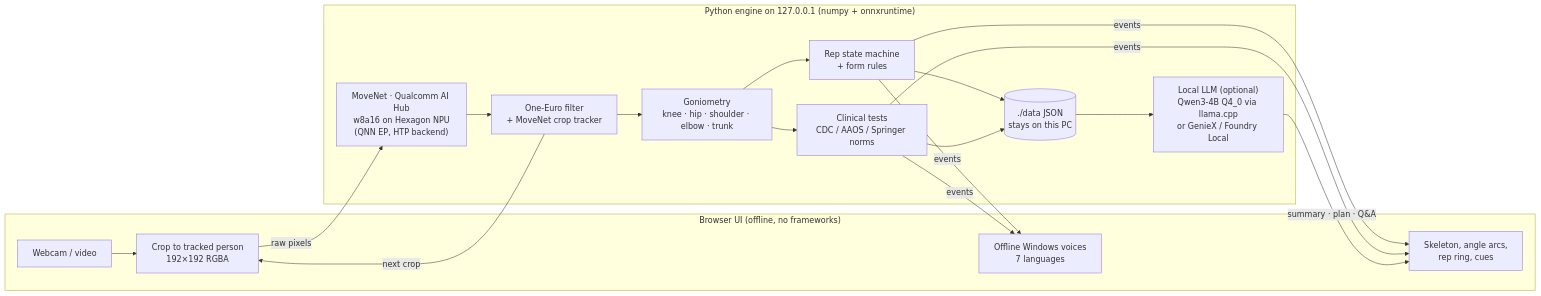
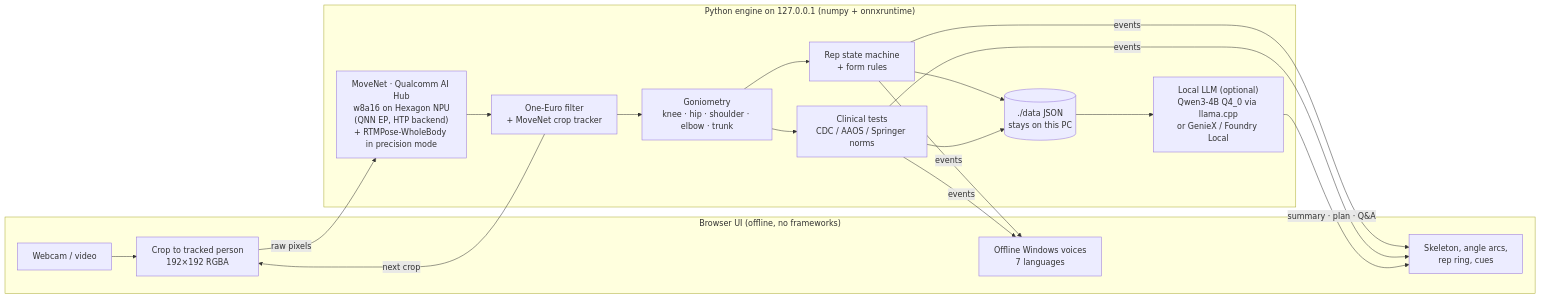
Before and after one commit to Sachin0496/punargati: the diagram in README.md, drawn with Mermaid. The commit also changed other lines of this file, not shown here.

````diff
--- a/README.md
+++ b/README.md
@@ -68,21 +68,21 @@
 ```mermaid
 flowchart LR
   subgraph Browser["Browser UI (offline, no frameworks)"]
     CAM[Webcam / video] --> CROP["Crop to tracked person<br/>192×192 RGBA"]
     OVL[Skeleton, angle arcs,<br/>rep ring, cues]
     TTS[Offline Windows voices<br/>7 languages]
   end
   subgraph PC["Python engine on 127.0.0.1 (numpy + onnxruntime)"]
-    POSE["MoveNet · Qualcomm AI Hub<br/>w8a16 on Hexagon NPU<br/>(QNN EP, HTP backend)"]
+    POSE["MoveNet · Qualcomm AI Hub<br/>w8a16 on Hexagon NPU<br/>(QNN EP, HTP backend)<br/>+ RTMPose-WholeBody in precision mode"]
     FIL[One-Euro filter<br/>+ MoveNet crop tracker]
     KIN[Goniometry<br/>knee · hip · shoulder · elbow · trunk]
     REP[Rep state machine<br/>+ form rules]
     TST[Clinical tests<br/>CDC / AAOS / Springer norms]
     DB[(./data JSON<br/>stays on this PC)]
     LLM["Local LLM (optional)<br/>Qwen3-4B Q4_0 via llama.cpp<br/>or GenieX / Foundry Local"]
   end
   CROP -- raw pixels --> POSE --> FIL --> KIN --> REP & TST
   FIL -- next crop --> CROP
   REP & TST -- events --> OVL & TTS
   REP & TST --> DB --> LLM -- summary · plan · Q&A --> OVL
 ```
````
